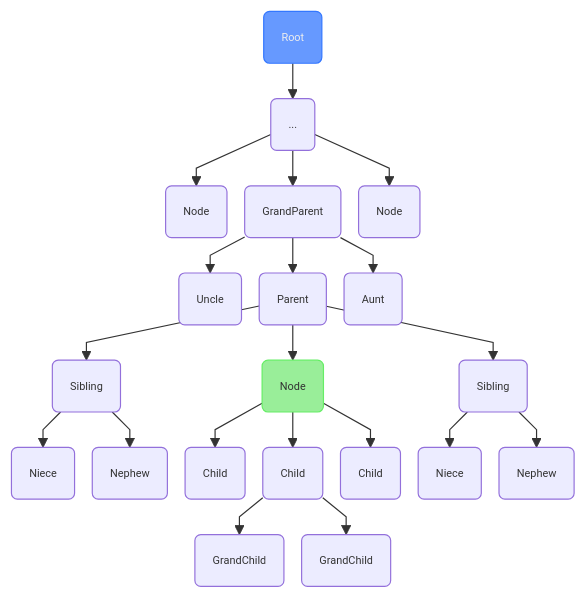
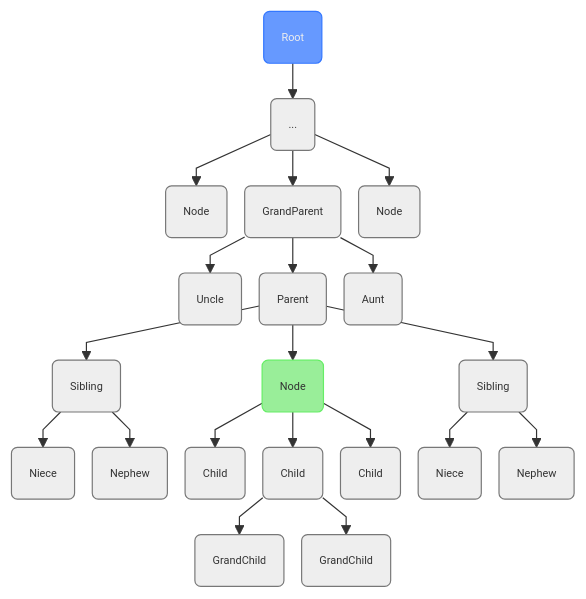
One commit to pyTooling/pyTooling changed the diagram in doc/DataStructures/Tree.rst. Above: the diagram before and after it, drawn with Mermaid. The commit also changed 3 other files, not shown here.

Commit message:
Fixed mermaid coloring.

```diff
--- a/doc/DataStructures/Tree.rst
+++ b/doc/DataStructures/Tree.rst
@@ -19,27 +19,27 @@
 .. mermaid::
    :caption: Root of the current node are marked in blue.
 
    %%{init: { "flowchart": { "nodeSpacing": 15, "rankSpacing": 30, "curve": "linear", "useMaxWidth": false } } }%%
    graph TD
      R(Root)
      A(...)
      BL(Node); B(GrandParent); BR(Node)
      CL(Uncle); C(Parent); CR(Aunt)
      DL(Sibling); D(Node);  DR(Sibling)
      ELN1(Niece); ELN2(Nephew)
      EL(Child);   E(Child); ER(Child);
      ERN1(Niece);ERN2(Nephew)
      F1(GrandChild); F2(GrandChild)
 
      R:::mark1 --> A
      A --> BL & B & BR
      B --> CL & C & CR
      C --> DL & D & DR
      DL --> ELN1 & ELN2
      D:::cur --> EL & E & ER
      DR --> ERN1 & ERN2
      E --> F1 & F2
 
-     classDef node font-size:smaller;
+     classDef node fill:#eee,stroke:#777,font-size:smaller;
      classDef cur fill:#9e9,stroke:#6e6;
      classDef mark1 fill:#69f,stroke:#37f,color:#eee;
```
